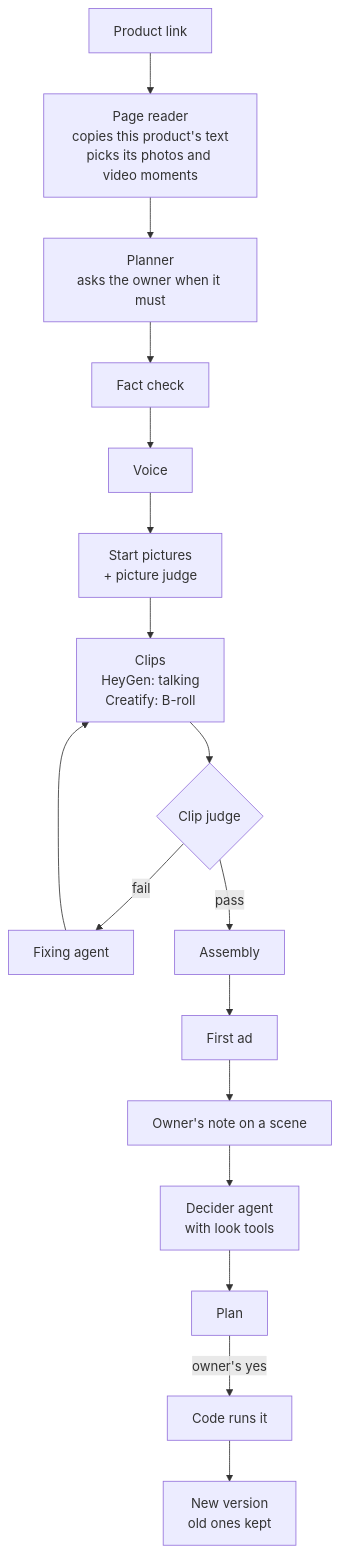
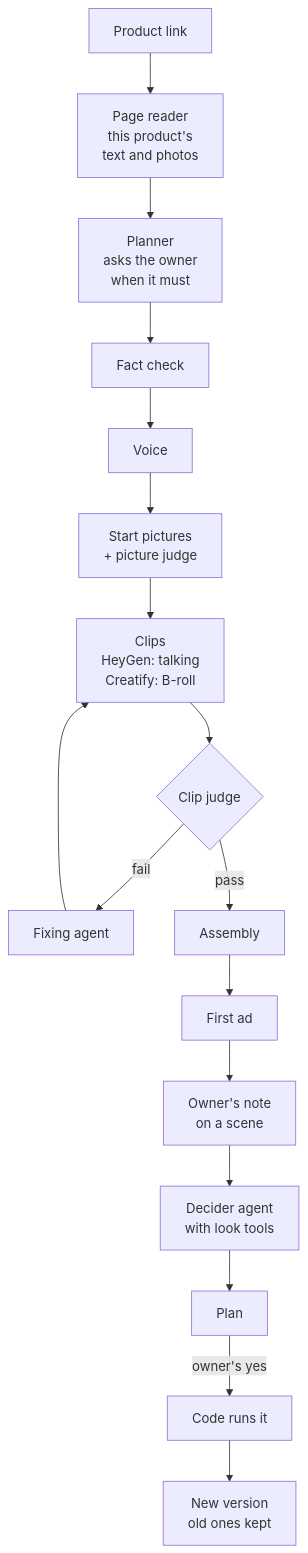
One commit to Julian-Win-Stack/adforge changed the diagram in README.md. Above: the diagram before and after it, drawn with Mermaid.

Commit message:
README: shorter lines in the pipeline boxes so GitHub's Mermaid stops cutting them off
Before: three boxes had lines over 20 characters ("copies this product's text", "picks
its photos and video moments", "asks the owner when it must") and GitHub's renderer
clipped them at the box edge.

After: every line inside a box is 16 characters or fewer. The arrows and boxes are
the same.

Claude-Session: https://claude.ai/code/session_01GcQbsKctUtZFkznUMbwZXe

````diff
--- a/README.md
+++ b/README.md
@@ -13,19 +13,19 @@
 ```mermaid
 flowchart TD
-    A[Product link] --> B[Page reader<br/>copies this product's text<br/>picks its photos and video moments]
-    B --> C[Planner<br/>asks the owner when it must]
+    A[Product link] --> B[Page reader<br/>this product's<br/>text and photos]
+    B --> C[Planner<br/>asks the owner<br/>when it must]
     C --> D[Fact check]
     D --> E[Voice]
     E --> F[Start pictures<br/>+ picture judge]
     F --> G[Clips<br/>HeyGen: talking<br/>Creatify: B-roll]
     G --> H{Clip judge}
     H -- fail --> I[Fixing agent]
     I --> G
     H -- pass --> J[Assembly]
     J --> K[First ad]
-    K --> L[Owner's note on a scene]
+    K --> L[Owner's note<br/>on a scene]
     L --> M[Decider agent<br/>with look tools]
     M --> N[Plan]
     N -- owner's yes --> P[Code runs it]
     P --> Q[New version<br/>old ones kept]
 ```
````
